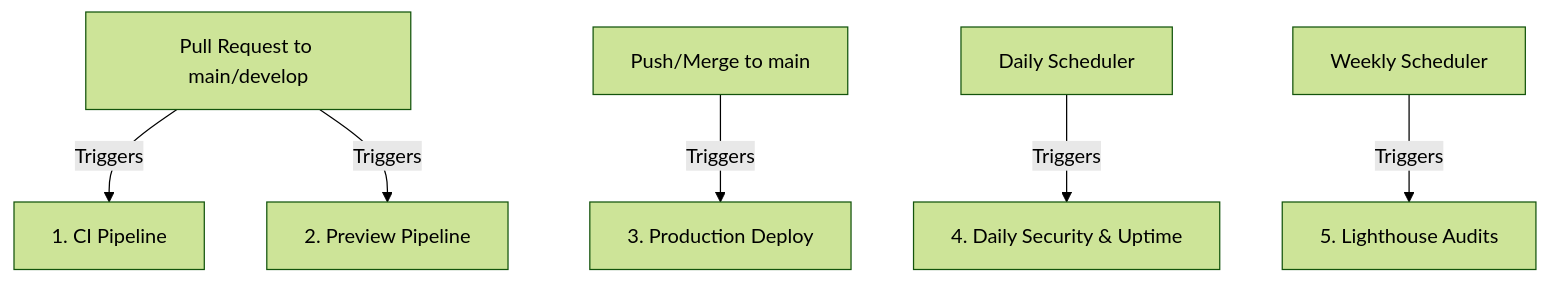
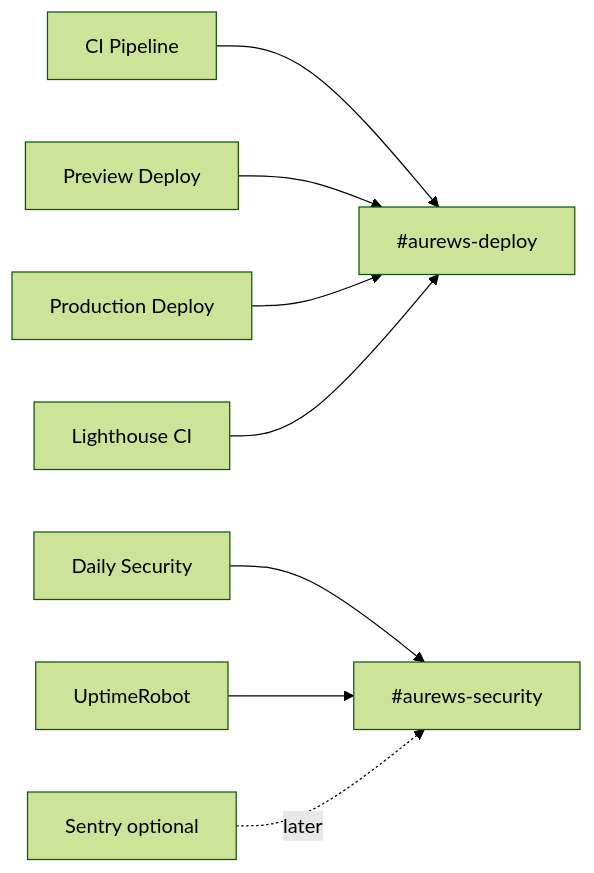
One commit to 23520904/aurews-seo changed the seventh of 7 diagrams in README.md. Above: the diagram before and after it, drawn with Mermaid (forest theme). The commit also changed other lines of this file, not shown here.

````diff
--- a/README.md
+++ b/README.md
@@ -218,8 +296,11 @@
 ```mermaid
-graph TD
-    PR[Pull Request to main/develop] -->|Triggers| CI[1. CI Pipeline]
-    PR -->|Triggers| Preview[2. Preview Pipeline]
-    Merge[Push/Merge to main] -->|Triggers| Deploy[3. Production Deploy]
-    Cron[Daily Scheduler] -->|Triggers| Security[4. Daily Security & Uptime]
-    Weekly[Weekly Scheduler] -->|Triggers| LH[5. Lighthouse Audits]
+flowchart LR
+    CI[CI Pipeline] --> Deploy[#aurews-deploy]
+    Preview[Preview Deploy] --> Deploy
+    Prod[Production Deploy] --> Deploy
+    LH[Lighthouse CI] --> Deploy
+
+    Daily[Daily Security] --> Security[#aurews-security]
+    Uptime[UptimeRobot] --> Security
+    Sentry[Sentry optional] -. later .-> Security
 ```
````
